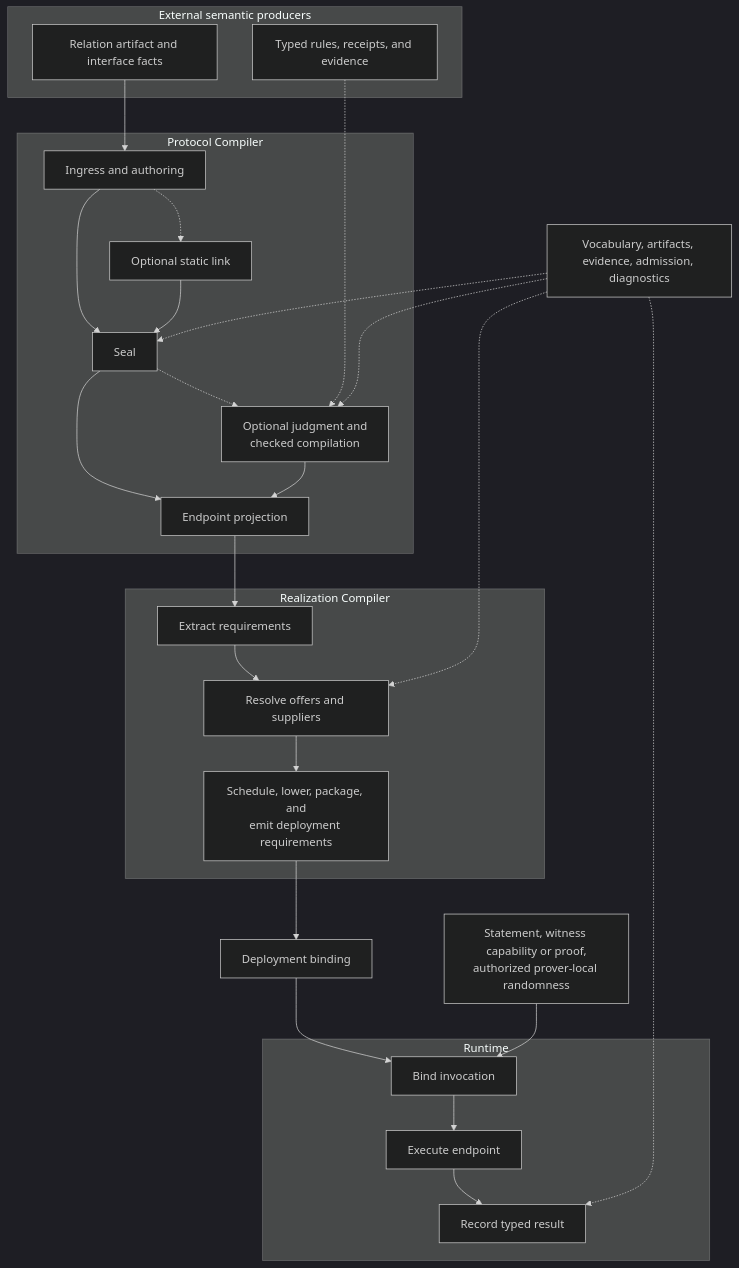
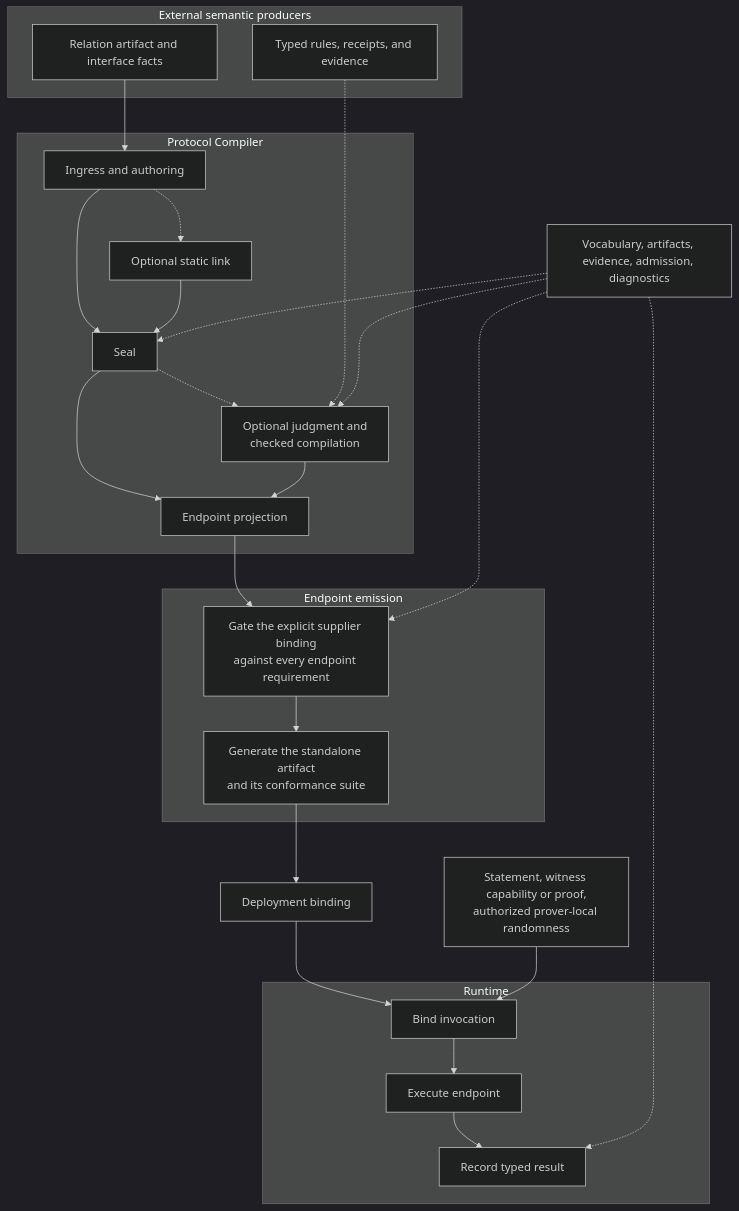
The second of 5 diagrams in docs/architecture.md (zkcompiler/zkc), drawn with Mermaid (dark theme) before and after one commit. The commit also changed other lines of this file and 6 other files, not shown here.

Commit message:
docs: recut realization as emission under explicit supplier bindings (#6)

````diff
--- a/docs/architecture.md
+++ b/docs/architecture.md
@@ -82,39 +83,39 @@
 ```mermaid
 flowchart TB
   subgraph External["External semantic producers"]
     RA["Relation artifact and interface facts"]
     EV["Typed rules, receipts, and evidence"]
   end
 
   subgraph Protocol["Protocol Compiler"]
     Ingress["Ingress and authoring"] --> Seal["Seal"]
     Ingress -.-> Link["Optional static link"]
     Link --> Seal
     Seal --> Project["Endpoint projection"]
     Seal -.-> Judge["Optional judgment and\nchecked compilation"]
     Judge --> Project
   end
 
-  subgraph Realization["Realization Compiler"]
-    Require["Extract requirements"] --> Resolve["Resolve offers and suppliers"]
-    Resolve --> Lower["Schedule, lower, package, and\nemit deployment requirements"]
+  subgraph Emission["Endpoint emission"]
+    Gate["Gate the explicit supplier binding\nagainst every endpoint requirement"]
+    Gate --> Generate["Generate the standalone artifact\nand its conformance suite"]
   end
 
   Deploy["Deployment binding"]
 
   subgraph Run["Runtime"]
     Bind["Bind invocation"] --> Execute["Execute endpoint"]
     Execute --> Record["Record typed result"]
   end
 
   RA --> Ingress
   EV -.-> Judge
-  Project --> Require
-  Lower --> Deploy
+  Project --> Gate
+  Generate --> Deploy
   Deploy --> Bind
   Inputs["Statement, witness capability or proof,\nauthorized prover-local randomness"] --> Bind
   Cross["Vocabulary, artifacts, evidence, admission, diagnostics"] -.-> Seal
   Cross -.-> Judge
-  Cross -.-> Resolve
+  Cross -.-> Gate
   Cross -.-> Record
 ```
````
